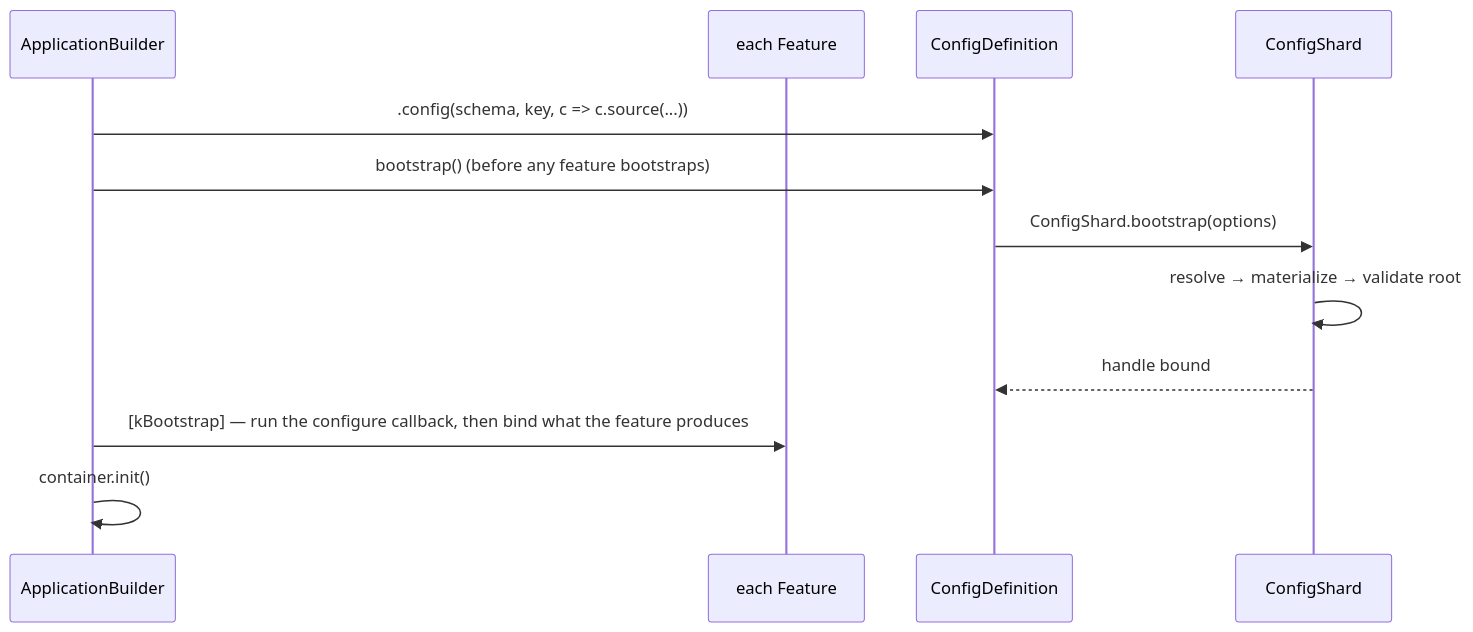
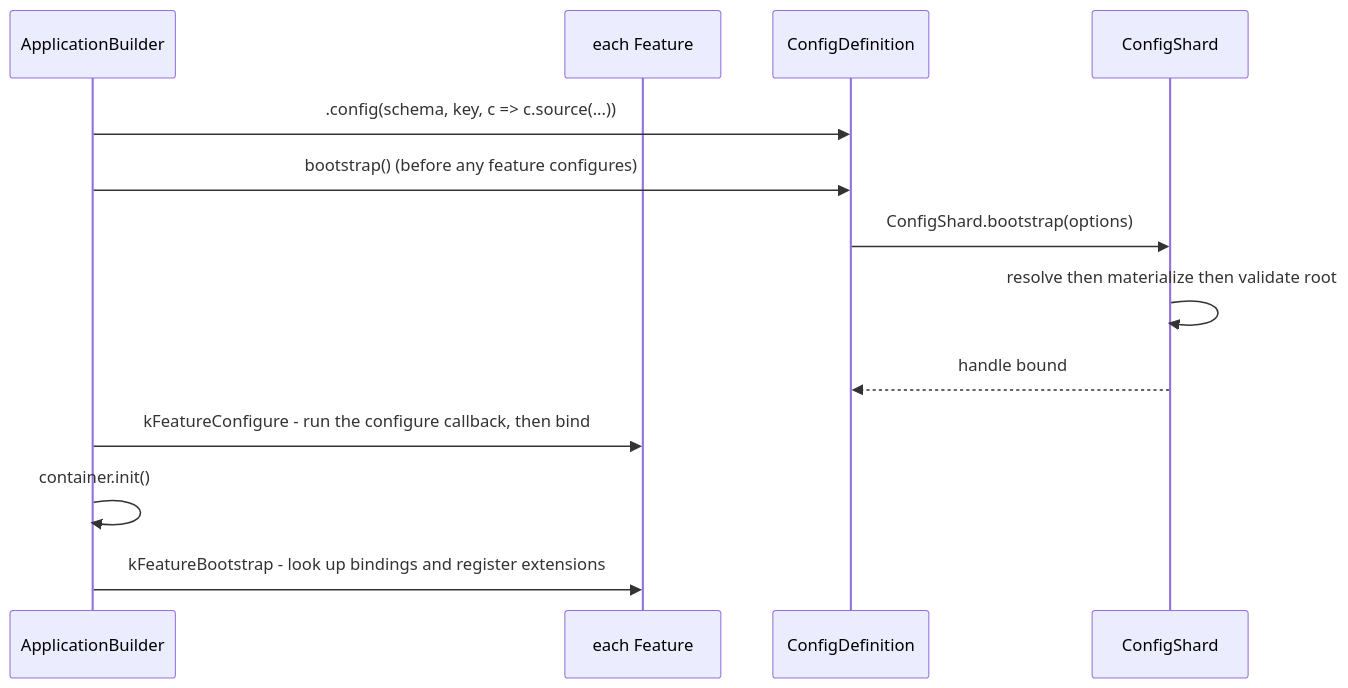
The fifth of 5 diagrams in std/config/README.md (caffeinejs/caffeine), drawn with Mermaid before and after one commit. The commit also changed other lines of this file and 38 other files, not shown here.

Commit message:
feat:kFeatureConfigure

````diff
--- a/std/config/README.md
+++ b/std/config/README.md
@@ -285,14 +285,15 @@
 ```mermaid
 sequenceDiagram
   participant App as ApplicationBuilder
   participant Feat as each Feature
   participant Def as ConfigDefinition
   participant Shard as ConfigShard
   App->>Def: .config(schema, key, c => c.source(...))
-  App->>Def: bootstrap()  (before any feature bootstraps)
+  App->>Def: bootstrap() (before any feature configures)
   Def->>Shard: ConfigShard.bootstrap(options)
-  Shard->>Shard: resolve → materialize → validate root
+  Shard->>Shard: resolve then materialize then validate root
   Shard-->>Def: handle bound
-  App->>Feat: [kBootstrap] — run the configure callback, then bind what the feature produces
+  App->>Feat: kFeatureConfigure - run the configure callback, then bind
   App->>App: container.init()
+  App->>Feat: kFeatureBootstrap - look up bindings and register extensions
 ```
````
